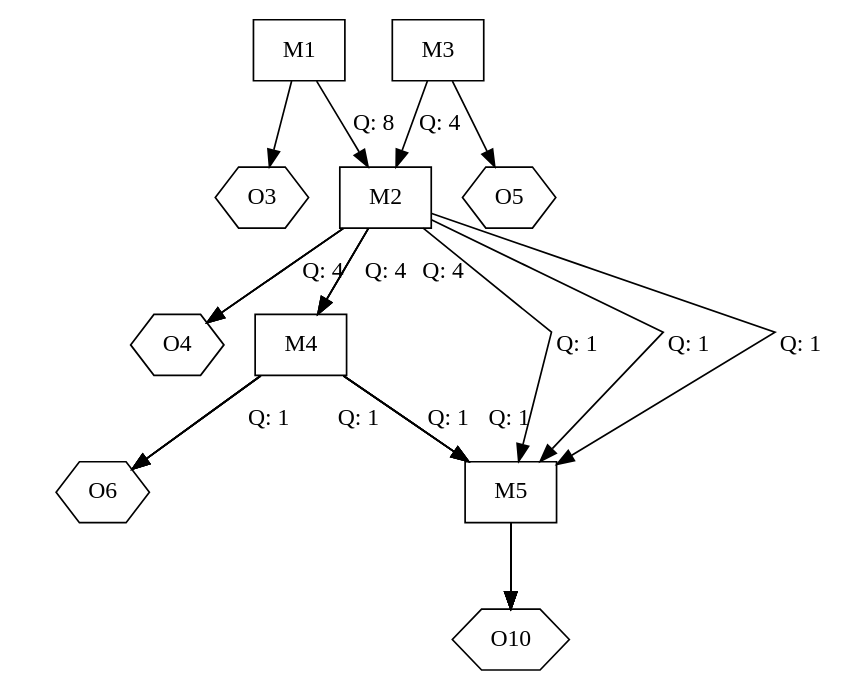
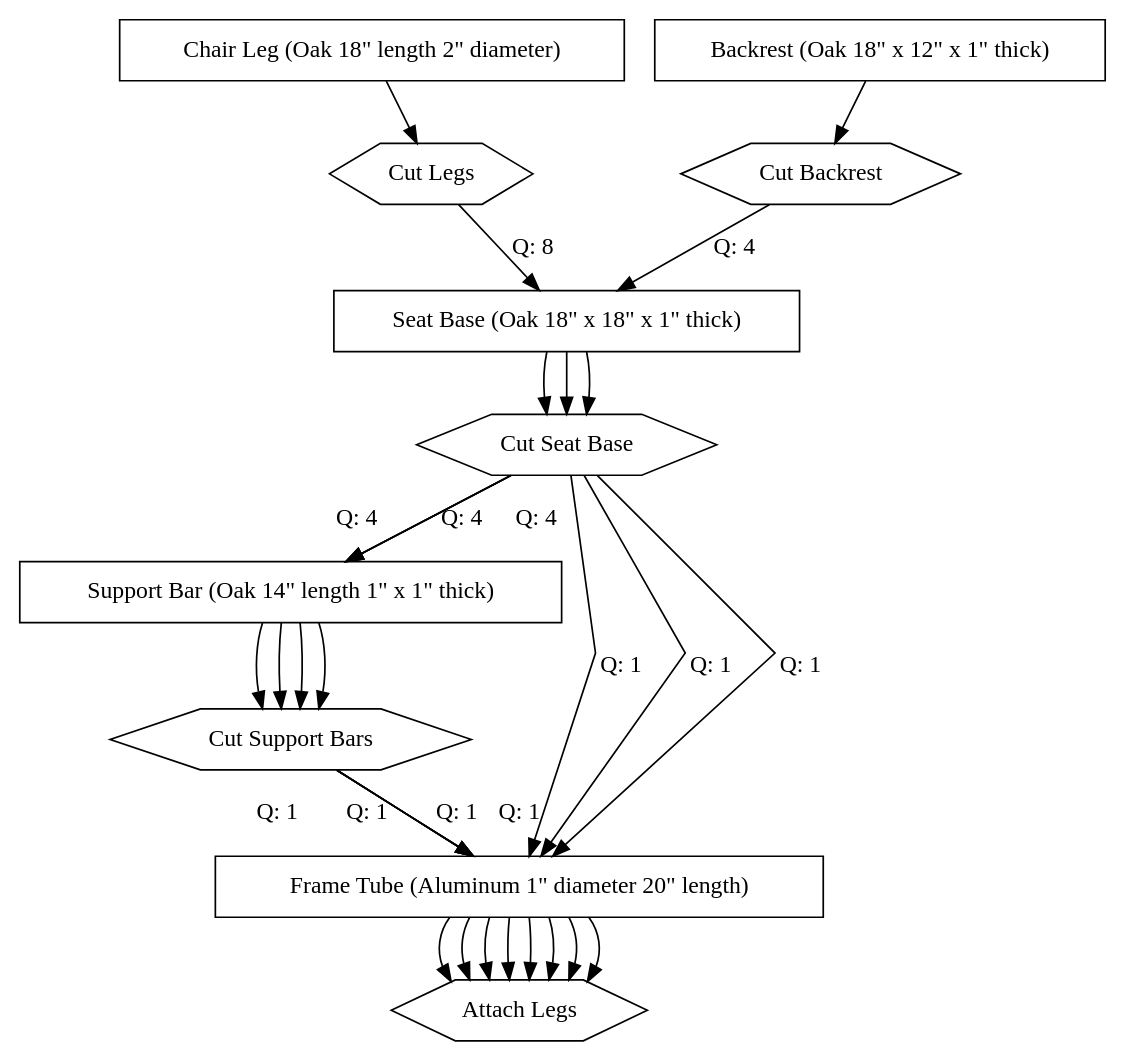
One commit to ricardomm7/buildflow changed the diagram in outFiles/production_tree.dot. Above: the diagram before and after it, drawn with Graphviz. The commit also changed 7 other files, not shown here.

```diff
--- a/outFiles/production_tree.dot
+++ b/outFiles/production_tree.dot
@@ -1,66 +1,66 @@
 digraph G {
   splines=false;
-  "M1" [shape=box];
-  "M1" -> "O3" [label="  "];
-  "O3" [shape=hexagon];
-  "M1" -> "M2" [label="Q: 8"];
-  "M2" [shape=box];
-  "M2" -> "O4" [label="  "];
-  "O4" [shape=hexagon];
-  "M2" -> "M4" [label="Q: 4"];
-  "M4" [shape=box];
-  "M4" -> "O6" [label="  "];
-  "O6" [shape=hexagon];
-  "M4" -> "M5" [label="Q: 1"];
-  "M5" [shape=box];
-  "M5" -> "O10" [label="  "];
-  "O10" [shape=hexagon];
-  "M2" -> "M5" [label="Q: 1"];
-  "M5" [shape=box];
-  "M5" -> "O10" [label="  "];
-  "O10" [shape=hexagon];
-  "M2" [shape=box];
-  "M2" -> "O4" [label="  "];
-  "O4" [shape=hexagon];
-  "M2" -> "M4" [label="Q: 4"];
-  "M4" [shape=box];
-  "M4" -> "O6" [label="  "];
-  "O6" [shape=hexagon];
-  "M4" -> "M5" [label="Q: 1"];
-  "M5" [shape=box];
-  "M5" -> "O10" [label="  "];
-  "O10" [shape=hexagon];
-  "M2" -> "M5" [label="Q: 1"];
-  "M5" [shape=box];
-  "M5" -> "O10" [label="  "];
-  "O10" [shape=hexagon];
-  "M3" [shape=box];
-  "M3" -> "O5" [label="  "];
-  "O5" [shape=hexagon];
-  "M3" -> "M2" [label="Q: 4"];
-  "M2" [shape=box];
-  "M2" -> "O4" [label="  "];
-  "O4" [shape=hexagon];
-  "M2" -> "M4" [label="Q: 4"];
-  "M4" [shape=box];
-  "M4" -> "O6" [label="  "];
-  "O6" [shape=hexagon];
-  "M4" -> "M5" [label="Q: 1"];
-  "M5" [shape=box];
-  "M5" -> "O10" [label="  "];
-  "O10" [shape=hexagon];
-  "M2" -> "M5" [label="Q: 1"];
-  "M5" [shape=box];
-  "M5" -> "O10" [label="  "];
-  "O10" [shape=hexagon];
-  "M4" [shape=box];
-  "M4" -> "O6" [label="  "];
-  "O6" [shape=hexagon];
-  "M4" -> "M5" [label="Q: 1"];
-  "M5" [shape=box];
-  "M5" -> "O10" [label="  "];
-  "O10" [shape=hexagon];
-  "M5" [shape=box];
-  "M5" -> "O10" [label="  "];
-  "O10" [shape=hexagon];
+  "M1" [shape=box label="Chair Leg (Oak 18\" length 2\" diameter)"];
+  "M1" -> "O3" [label=""];
+  "O3" [shape=hexagon label="Cut Legs"];
+  "O3" -> "M2" [label="Q: 8"];
+  "M2" [shape=box label="Seat Base (Oak 18\" x 18\" x 1\" thick)"];
+  "M2" -> "O4" [label=""];
+  "O4" [shape=hexagon label="Cut Seat Base"];
+  "O4" -> "M4" [label="Q: 4"];
+  "M4" [shape=box label="Support Bar (Oak 14\" length 1\" x 1\" thick)"];
+  "M4" -> "O6" [label=""];
+  "O6" [shape=hexagon label="Cut Support Bars"];
+  "O6" -> "M5" [label="Q: 1"];
+  "M5" [shape=box label="Frame Tube (Aluminum 1\" diameter 20\" length)"];
+  "M5" -> "O10" [label=""];
+  "O10" [shape=hexagon label="Attach Legs"];
+  "O4" -> "M5" [label="Q: 1"];
+  "M5" [shape=box label="Frame Tube (Aluminum 1\" diameter 20\" length)"];
+  "M5" -> "O10" [label=""];
+  "O10" [shape=hexagon label="Attach Legs"];
+  "M2" [shape=box label="Seat Base (Oak 18\" x 18\" x 1\" thick)"];
+  "M2" -> "O4" [label=""];
+  "O4" [shape=hexagon label="Cut Seat Base"];
+  "O4" -> "M4" [label="Q: 4"];
+  "M4" [shape=box label="Support Bar (Oak 14\" length 1\" x 1\" thick)"];
+  "M4" -> "O6" [label=""];
+  "O6" [shape=hexagon label="Cut Support Bars"];
+  "O6" -> "M5" [label="Q: 1"];
+  "M5" [shape=box label="Frame Tube (Aluminum 1\" diameter 20\" length)"];
+  "M5" -> "O10" [label=""];
+  "O10" [shape=hexagon label="Attach Legs"];
+  "O4" -> "M5" [label="Q: 1"];
+  "M5" [shape=box label="Frame Tube (Aluminum 1\" diameter 20\" length)"];
+  "M5" -> "O10" [label=""];
+  "O10" [shape=hexagon label="Attach Legs"];
+  "M3" [shape=box label="Backrest (Oak 18\" x 12\" x 1\" thick)"];
+  "M3" -> "O5" [label=""];
+  "O5" [shape=hexagon label="Cut Backrest"];
+  "O5" -> "M2" [label="Q: 4"];
+  "M2" [shape=box label="Seat Base (Oak 18\" x 18\" x 1\" thick)"];
+  "M2" -> "O4" [label=""];
+  "O4" [shape=hexagon label="Cut Seat Base"];
+  "O4" -> "M4" [label="Q: 4"];
+  "M4" [shape=box label="Support Bar (Oak 14\" length 1\" x 1\" thick)"];
+  "M4" -> "O6" [label=""];
+  "O6" [shape=hexagon label="Cut Support Bars"];
+  "O6" -> "M5" [label="Q: 1"];
+  "M5" [shape=box label="Frame Tube (Aluminum 1\" diameter 20\" length)"];
+  "M5" -> "O10" [label=""];
+  "O10" [shape=hexagon label="Attach Legs"];
+  "O4" -> "M5" [label="Q: 1"];
+  "M5" [shape=box label="Frame Tube (Aluminum 1\" diameter 20\" length)"];
+  "M5" -> "O10" [label=""];
+  "O10" [shape=hexagon label="Attach Legs"];
+  "M4" [shape=box label="Support Bar (Oak 14\" length 1\" x 1\" thick)"];
+  "M4" -> "O6" [label=""];
+  "O6" [shape=hexagon label="Cut Support Bars"];
+  "O6" -> "M5" [label="Q: 1"];
+  "M5" [shape=box label="Frame Tube (Aluminum 1\" diameter 20\" length)"];
+  "M5" -> "O10" [label=""];
+  "O10" [shape=hexagon label="Attach Legs"];
+  "M5" [shape=box label="Frame Tube (Aluminum 1\" diameter 20\" length)"];
+  "M5" -> "O10" [label=""];
+  "O10" [shape=hexagon label="Attach Legs"];
 }
```
